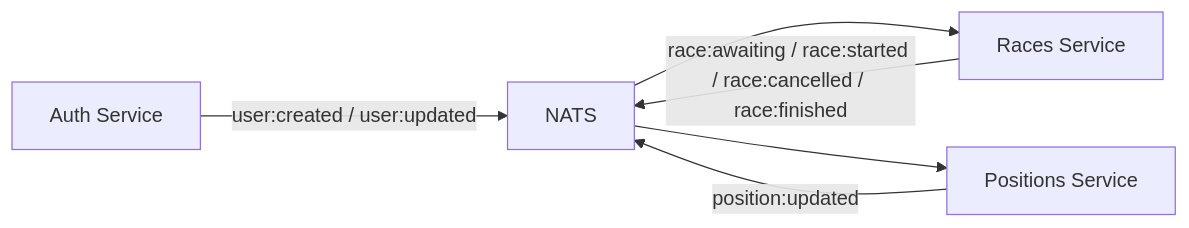
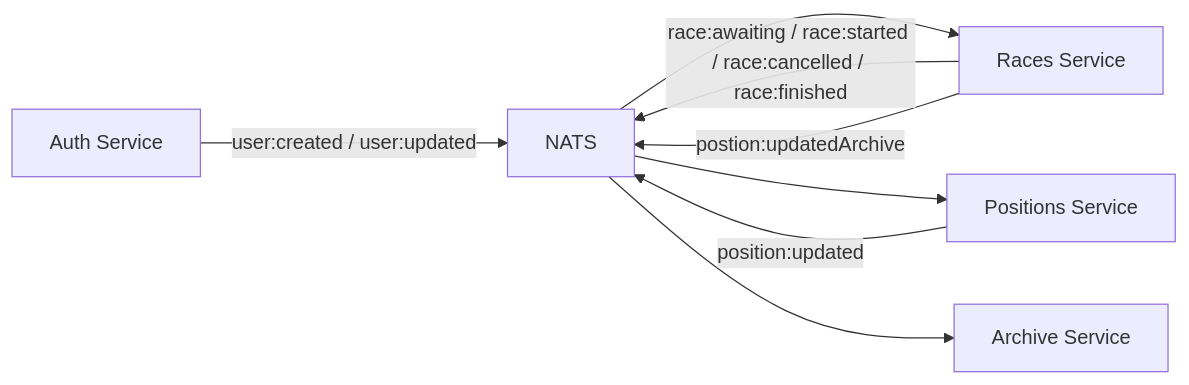
Before and after one commit to yojimbo-ah/racer-io: the first of 4 diagrams in README.md, drawn with Mermaid. The commit also changed other lines of this file, not shown here.

````diff
--- a/README.md
+++ b/README.md
@@ -84,14 +85,17 @@
 ```mermaid
 flowchart LR
   Auth[Auth Service]
   Races[Races Service]
   Positions[Positions Service]
+  Archive[Archive Service]
   NATS[NATS]
 
   Auth -->|user:created / user:updated| NATS
   Positions -->|position:updated| NATS
   Races -->|race:awaiting / race:started / race:cancelled / race:finished| NATS
+  Races -->|postion:updatedArchive| NATS
 
   NATS --> Races
   NATS --> Positions
+  NATS --> Archive
 ```
````
